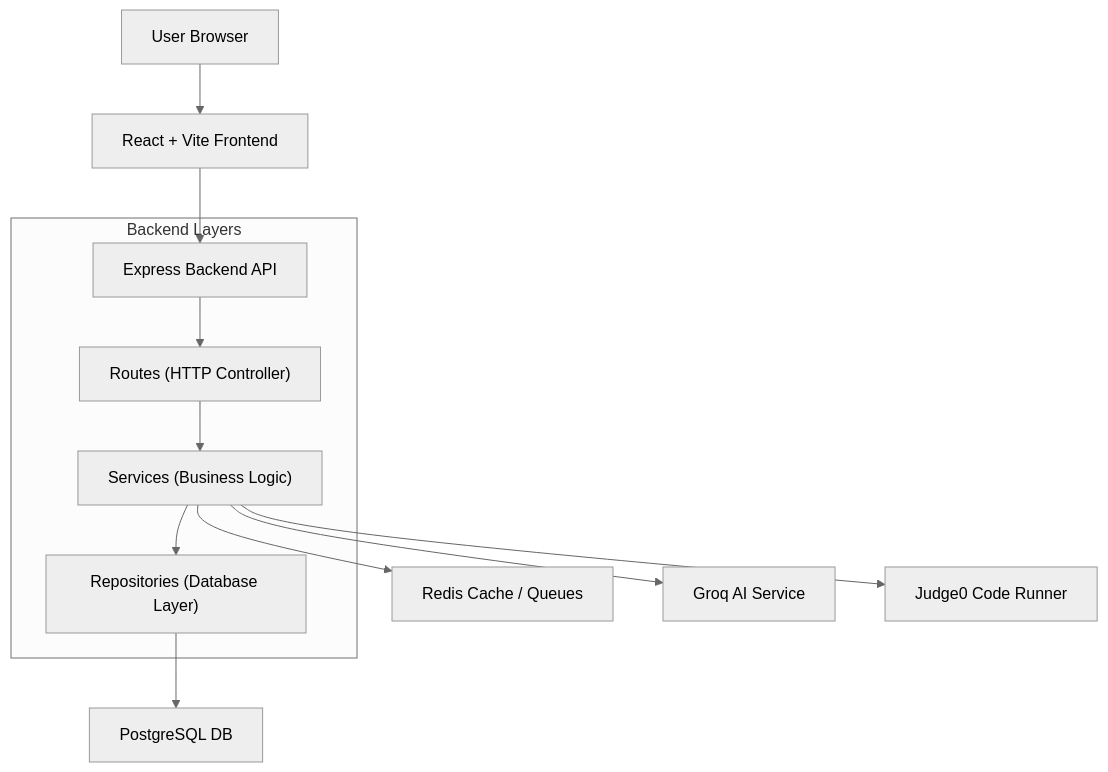
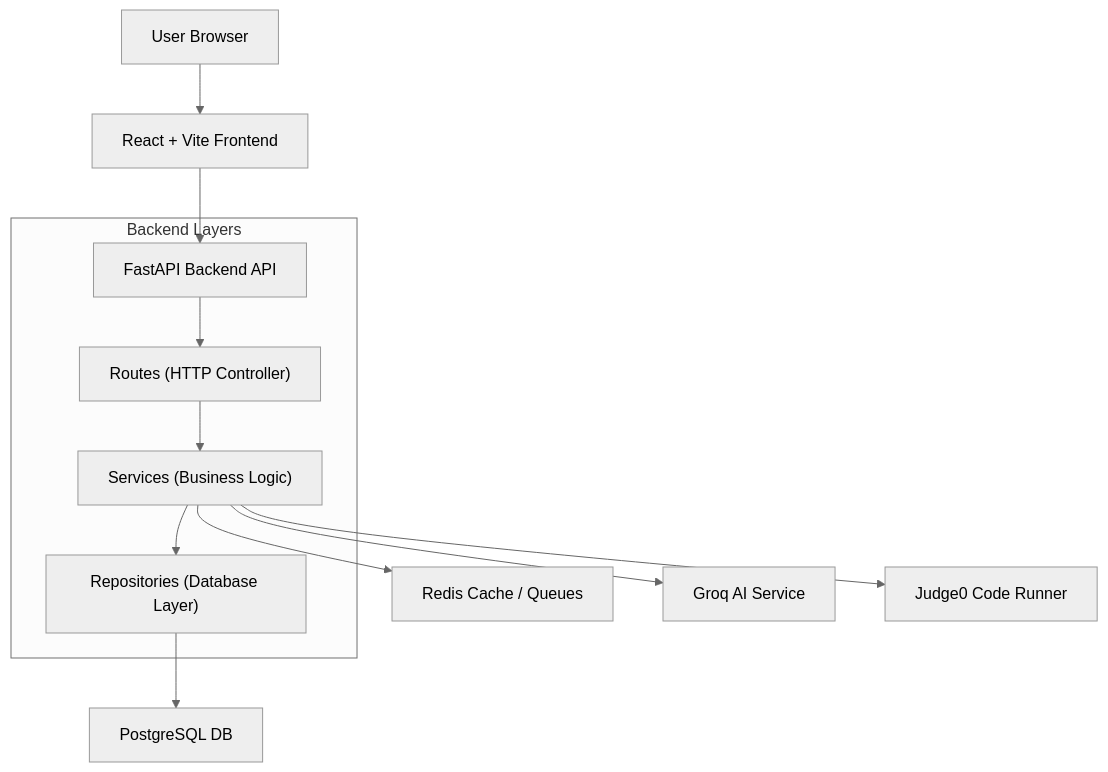
The first of 3 diagrams in docs/ARCHITECTURE.md (sreethan05/intellihire), drawn with Mermaid (neutral theme) before and after one commit. The commit also changed other lines of this file and 13 other files, not shown here.

````diff
--- a/docs/ARCHITECTURE.md
+++ b/docs/ARCHITECTURE.md
@@ -7,16 +7,16 @@
 ```mermaid
 flowchart TD
   User["User Browser"] --> Frontend["React + Vite Frontend"]
-  Frontend --> API["Express Backend API"]
+  Frontend --> API["FastAPI Backend API"]
   
   subgraph Backend ["Backend Layers"]
     API --> Routes["Routes (HTTP Controller)"]
     Routes --> Services["Services (Business Logic)"]
     Services --> Repositories["Repositories (Database Layer)"]
   end
 
   Repositories --> DB["PostgreSQL DB"]
   Services --> Cache["Redis Cache / Queues"]
   Services --> AI["Groq AI Service"]
   Services --> Judge["Judge0 Code Runner"]
 ```
````
